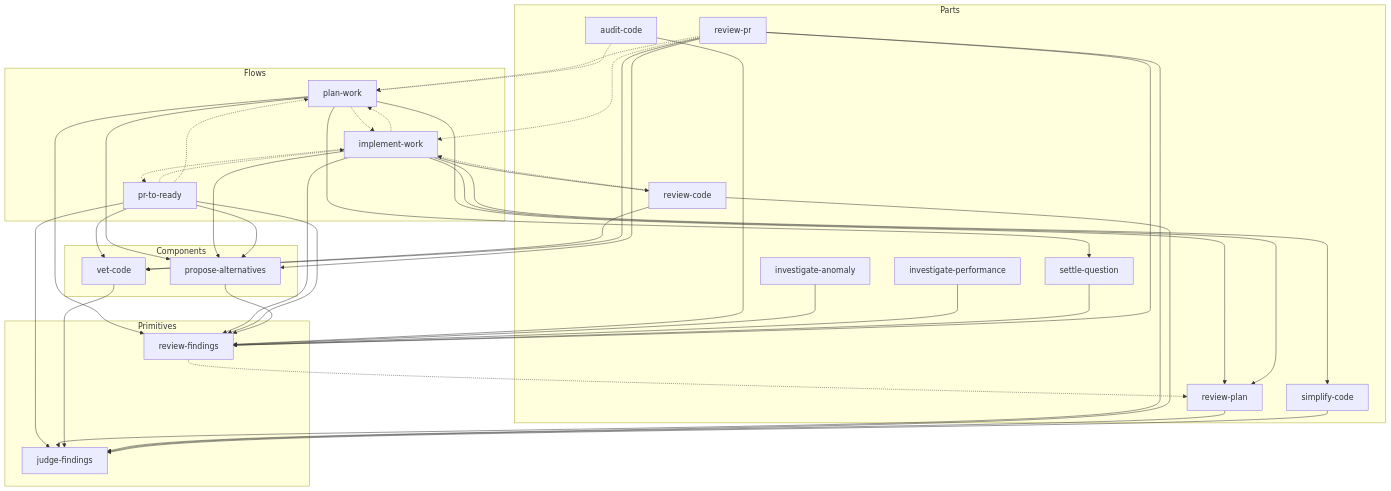
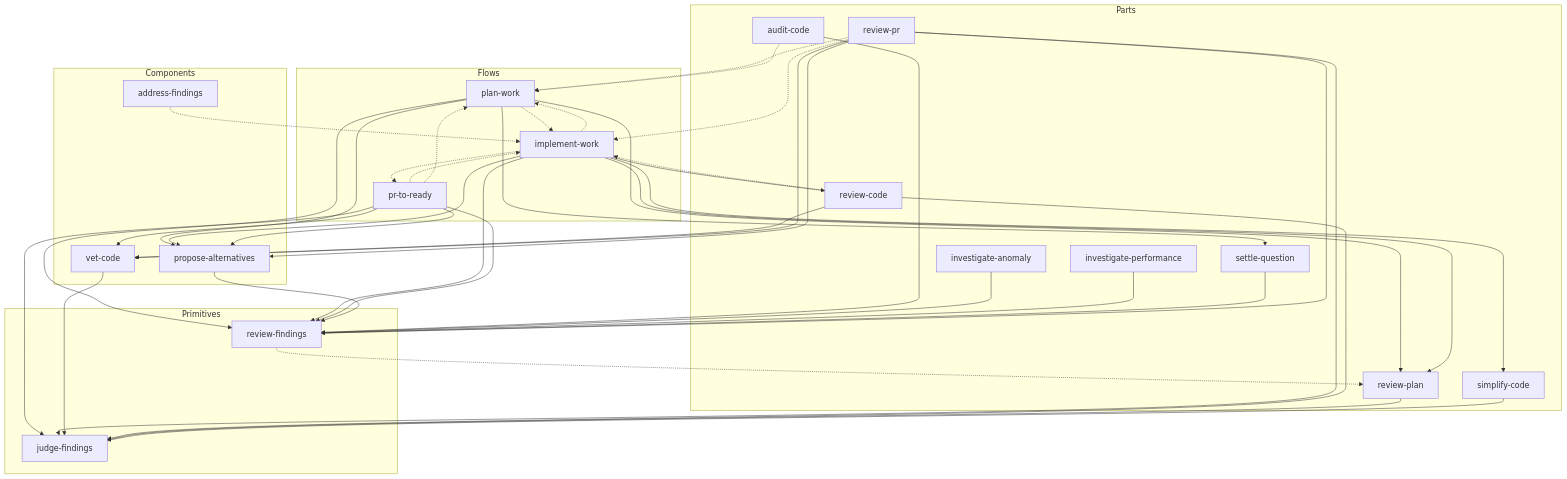
One commit to yowcow/dude changed the first of 2 diagrams in README.md. Above: the diagram before and after it, drawn with Mermaid. The commit also changed other lines of this file and 1 other file, not shown here.

Commit message:
docs: address-findings を README とマニフェストに登録する

````diff
--- a/README.md
+++ b/README.md
@@ -38,65 +39,67 @@
 ```mermaid
 flowchart TB
   subgraph Flows
     plan-work
     implement-work
     pr-to-ready
   end
   subgraph Parts
     review-code
     review-plan
     simplify-code
     review-pr
     audit-code
     settle-question
     investigate-anomaly
     investigate-performance
   end
   subgraph Components
     vet-code
     propose-alternatives
+    address-findings
   end
   subgraph Primitives
     judge-findings
     review-findings
   end
 
   plan-work -.-> implement-work
   implement-work -.-> plan-work
   implement-work -.-> pr-to-ready
   pr-to-ready -.-> implement-work
   pr-to-ready -.-> plan-work
   review-code -.-> implement-work
   review-pr -.-> implement-work
   review-pr -.-> plan-work
   audit-code -.-> plan-work
   review-findings -.-> review-plan
+  address-findings -.-> implement-work
 
   plan-work --> review-plan
   plan-work --> settle-question
   plan-work --> propose-alternatives
   plan-work --> review-findings
   implement-work --> review-code
   implement-work --> review-plan
   implement-work --> simplify-code
   implement-work --> propose-alternatives
   implement-work --> review-findings
   pr-to-ready --> vet-code
   pr-to-ready --> judge-findings
   pr-to-ready --> propose-alternatives
   pr-to-ready --> review-findings
   audit-code --> review-findings
   investigate-anomaly --> review-findings
   investigate-performance --> review-findings
   settle-question --> review-findings
   review-code --> vet-code
   review-pr --> vet-code
   review-pr --> judge-findings
   review-pr --> propose-alternatives
   review-pr --> review-findings
   propose-alternatives --> review-findings
   vet-code --> judge-findings
   review-code --> judge-findings
   review-plan --> judge-findings
   simplify-code --> judge-findings
 ```
````
